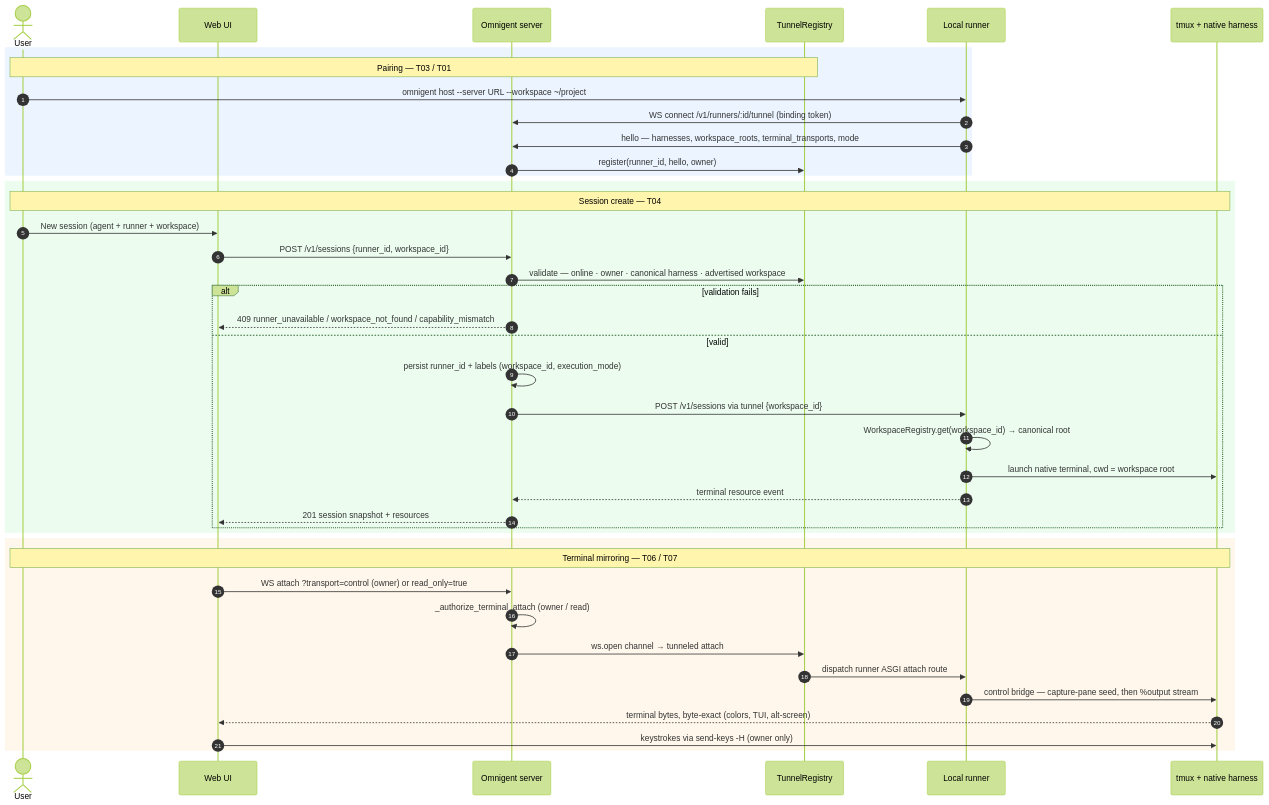
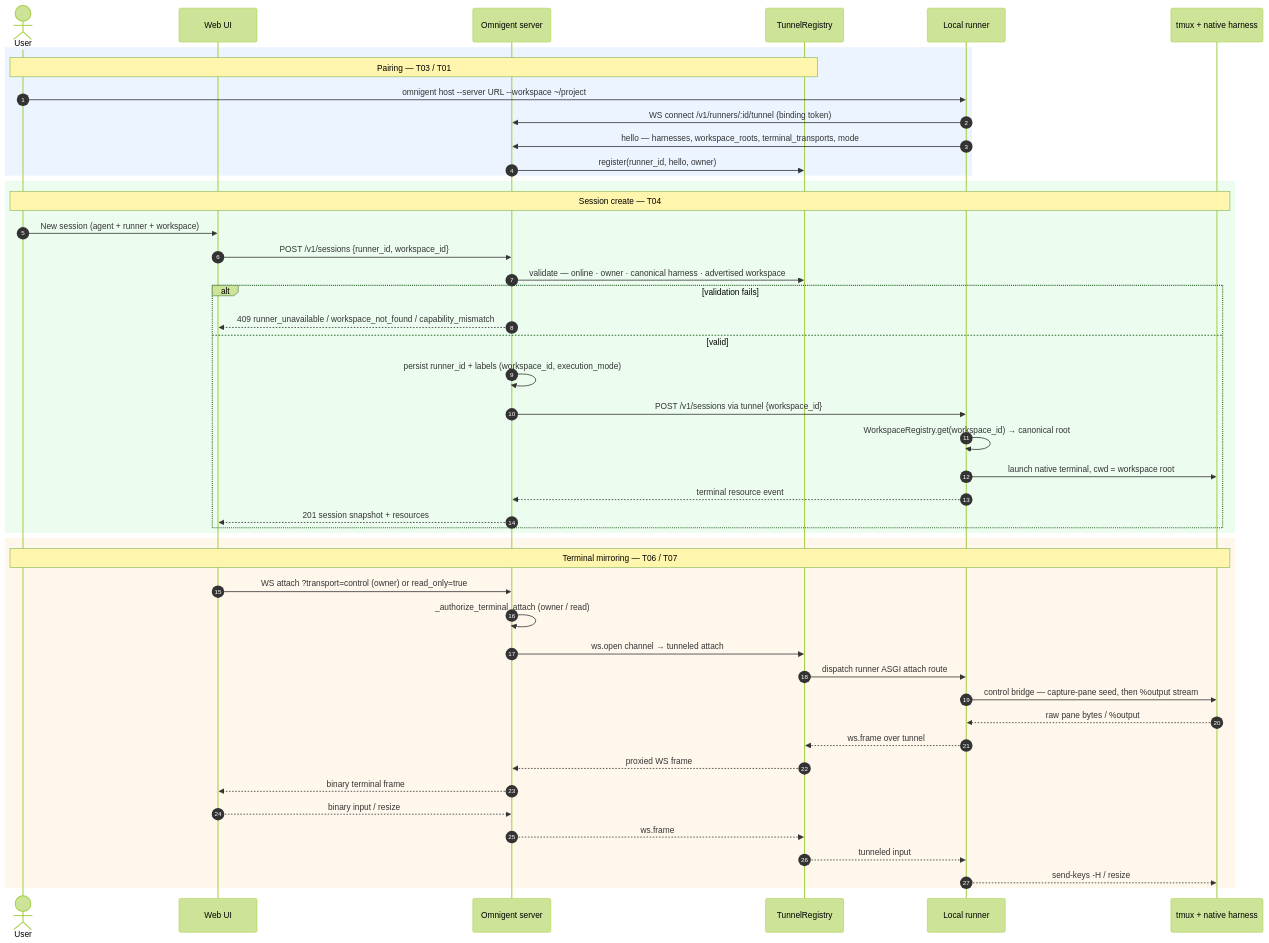
The second of 5 diagrams in docs/mvp-remote-runner-mirroring/06-architecture-diagrams.md (drunkod/omnigent), drawn with Mermaid (forest theme) before and after one commit. The commit also changed other lines of this file and 3 other files, not shown here.

Commit message:
Clarify remote runner mirroring flows

````diff
--- a/docs/mvp-remote-runner-mirroring/06-architecture-diagrams.md
+++ b/docs/mvp-remote-runner-mirroring/06-architecture-diagrams.md
@@ -84,46 +84,52 @@
 ```mermaid
 sequenceDiagram
     autonumber
     actor Dev as User
     participant UI as Web UI
     participant SRV as Omnigent server
     participant TR as TunnelRegistry
     participant RN as Local runner
     participant TM as tmux + native harness
 
     rect rgb(235, 244, 255)
     Note over Dev,TR: Pairing — T03 / T01
     Dev->>RN: omnigent host --server URL --workspace ~/project
     RN->>SRV: WS connect /v1/runners/:id/tunnel (binding token)
     RN->>SRV: hello — harnesses, workspace_roots, terminal_transports, mode
     SRV->>TR: register(runner_id, hello, owner)
     end
 
     rect rgb(236, 253, 240)
     Note over Dev,TM: Session create — T04
     Dev->>UI: New session (agent + runner + workspace)
     UI->>SRV: POST /v1/sessions {runner_id, workspace_id}
     SRV->>TR: validate — online · owner · canonical harness · advertised workspace
     alt validation fails
         SRV-->>UI: 409 runner_unavailable / workspace_not_found / capability_mismatch
     else valid
         SRV->>SRV: persist runner_id + labels (workspace_id, execution_mode)
         SRV->>RN: POST /v1/sessions via tunnel {workspace_id}
         RN->>RN: WorkspaceRegistry.get(workspace_id) → canonical root
         RN->>TM: launch native terminal, cwd = workspace root
         RN-->>SRV: terminal resource event
         SRV-->>UI: 201 session snapshot + resources
     end
     end
 
     rect rgb(255, 247, 235)
     Note over Dev,TM: Terminal mirroring — T06 / T07
     UI->>SRV: WS attach ?transport=control (owner) or read_only=true
     SRV->>SRV: _authorize_terminal_attach (owner / read)
     SRV->>TR: ws.open channel → tunneled attach
     TR->>RN: dispatch runner ASGI attach route
     RN->>TM: control bridge — capture-pane seed, then %output stream
-    TM-->>UI: terminal bytes, byte-exact (colors, TUI, alt-screen)
-    UI->>TM: keystrokes via send-keys -H (owner only)
+    TM-->>RN: raw pane bytes / %output
+    RN-->>TR: ws.frame over tunnel
+    TR-->>SRV: proxied WS frame
+    SRV-->>UI: binary terminal frame
+    UI-->>SRV: binary input / resize
+    SRV-->>TR: ws.frame
+    TR-->>RN: tunneled input
+    RN-->>TM: send-keys -H / resize
     end
 ```
````
